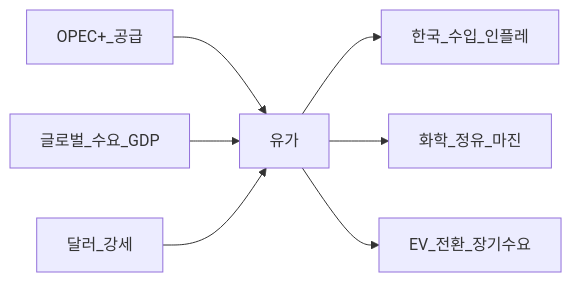
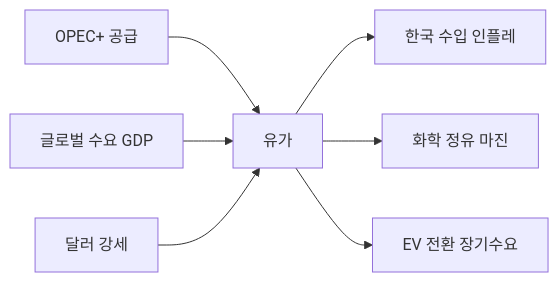
Before and after one commit to goldanghenry/Finances: the second of 6 diagrams in 03-markets/alternatives-reits-commodities.md, drawn with Mermaid. The commit also changed other lines of this file and 211 other files, not shown here.

````diff
--- a/03-markets/alternatives-reits-commodities.md
+++ b/03-markets/alternatives-reits-commodities.md
@@ -176,9 +183,9 @@
 ```mermaid
 flowchart LR
-  OPEC[OPEC+_공급] --> Price[유가]
-  Demand[글로벌_수요_GDP] --> Price
-  USD[달러_강세] --> Price
-  Price --> KR[한국_수입_인플레]
-  Price --> Chem[화학_정유_마진]
-  Price --> EV[EV_전환_장기수요]
+  OPEC["OPEC+ 공급"] --> Price[유가]
+  Demand["글로벌 수요 GDP"] --> Price
+  USD["달러 강세"] --> Price
+  Price --> KR["한국 수입 인플레"]
+  Price --> Chem["화학 정유 마진"]
+  Price --> EV["EV 전환 장기수요"]
 ```
````
